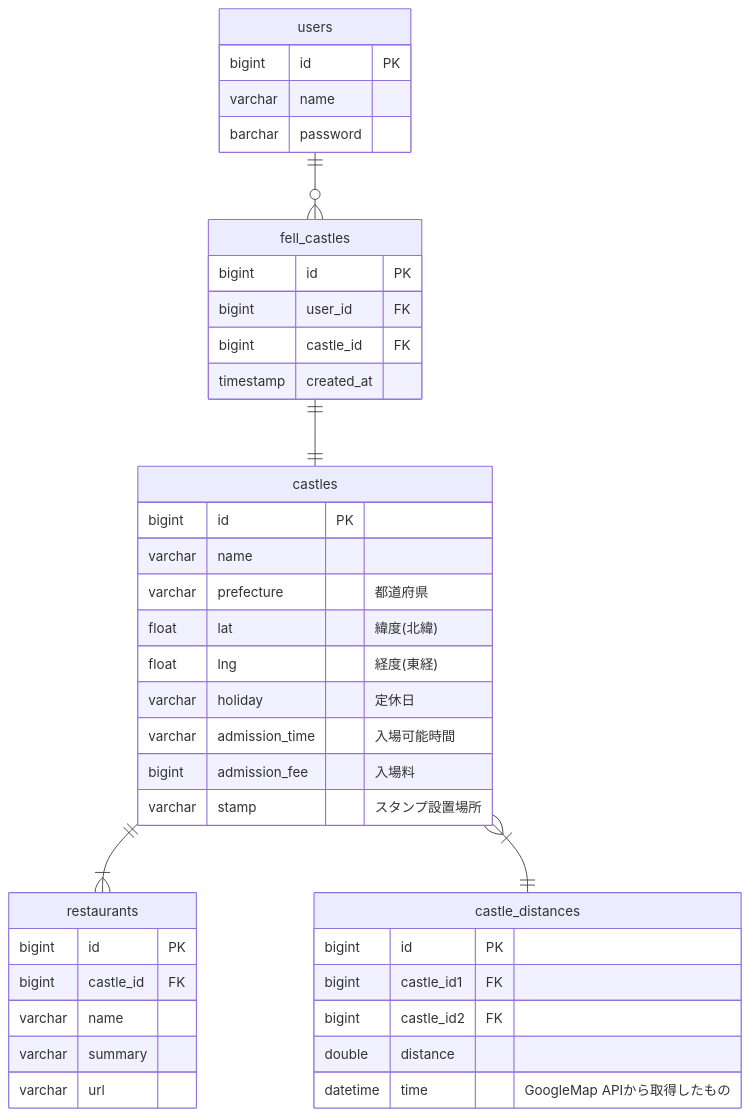
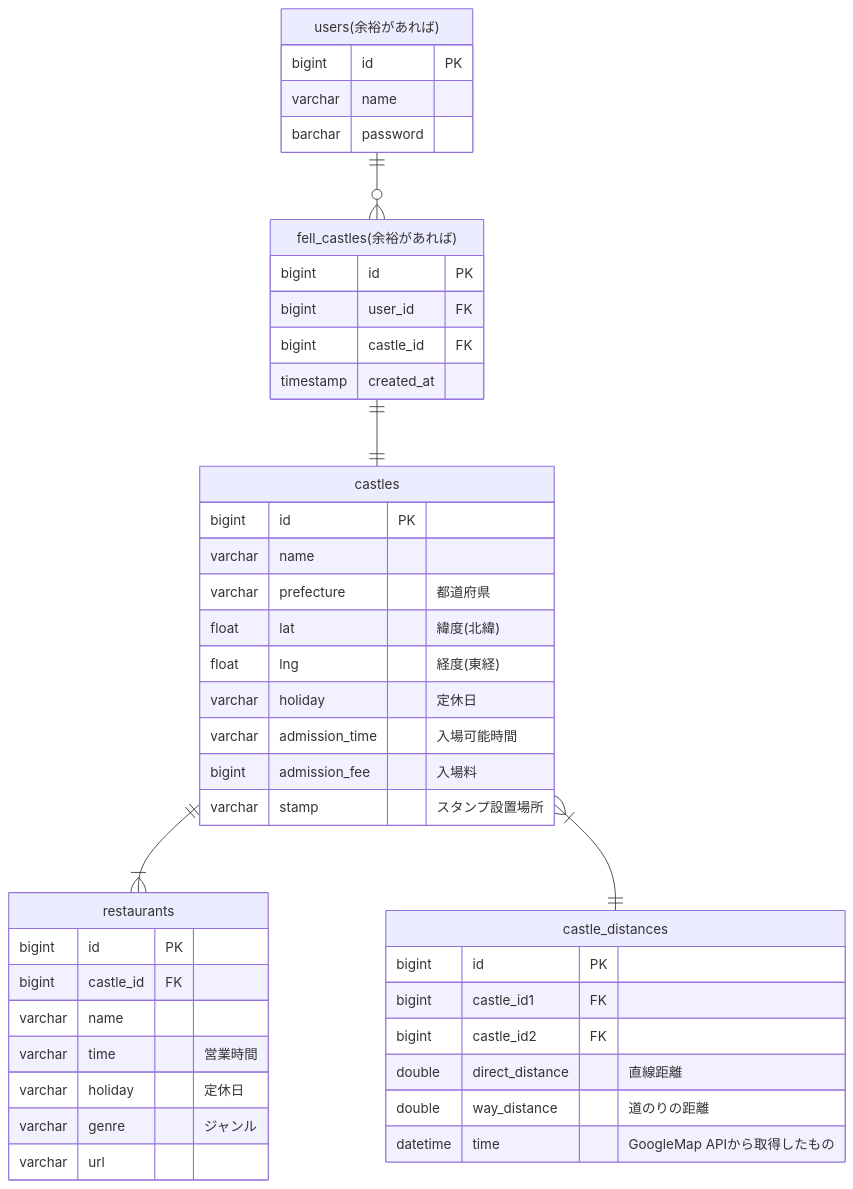
The diagram in backend/README.md (ynori123/al_castle), drawn with Mermaid before and after one commit. The commit also changed 1 other file, not shown here.

Commit message:
DBモデルの変更

````diff
--- a/backend/README.md
+++ b/backend/README.md
@@ -3,44 +3,47 @@
 ```mermaid
 erDiagram
 castles ||--|{ restaurants : ""
-users ||--o{ fell_castles : ""
-fell_castles ||--|| castles : ""
+"users(余裕があれば)" ||--o{ "fell_castles(余裕があれば)" : ""
+"fell_castles(余裕があれば)" ||--|| castles : ""
 castles }|--|| castle_distances : ""
 
-users{
+"users(余裕があれば)"{
     bigint id PK
     varchar name 
     barchar password 
 }
-fell_castles{
+"fell_castles(余裕があれば)"{
     bigint id PK
     bigint user_id FK
     bigint castle_id FK
     timestamp created_at
 }
 castles {
     bigint id PK
     varchar name
     varchar prefecture "都道府県"
     float lat "緯度(北緯)"
     float lng "経度(東経)"
     varchar holiday "定休日"
     varchar admission_time "入場可能時間"
     bigint admission_fee "入場料"
     varchar stamp "スタンプ設置場所"    
 }
 restaurants { 
     bigint id PK
     bigint castle_id FK 
     varchar name
-    varchar summary
+    varchar time "営業時間"
+    varchar holiday "定休日"
+    varchar genre "ジャンル"
     varchar url 
 }
 castle_distances {
     bigint id PK
     bigint castle_id1 FK
     bigint castle_id2 FK
-    double distance 
+    double direct_distance "直線距離"
+    double way_distance "道のりの距離"
     datetime time "GoogleMap APIから取得したもの"
 }
 ```
````
